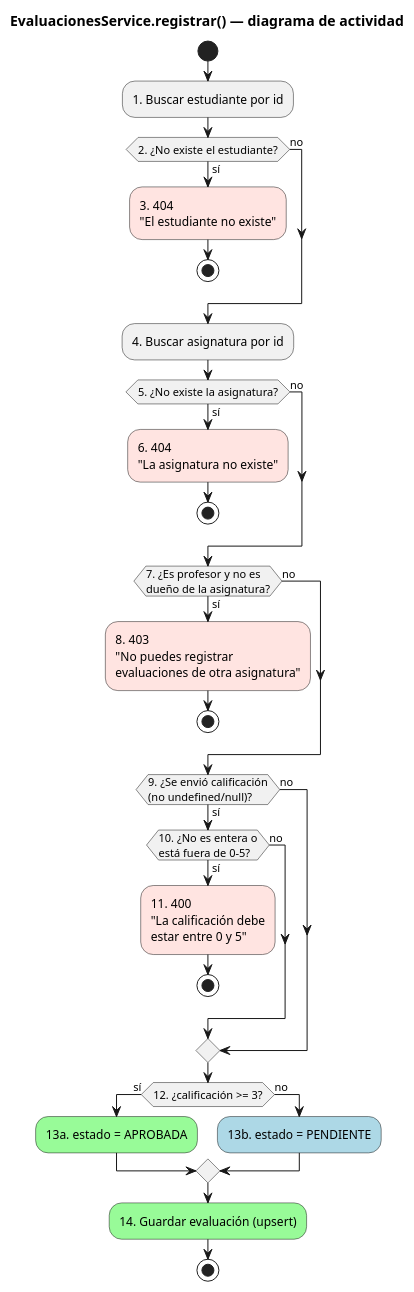
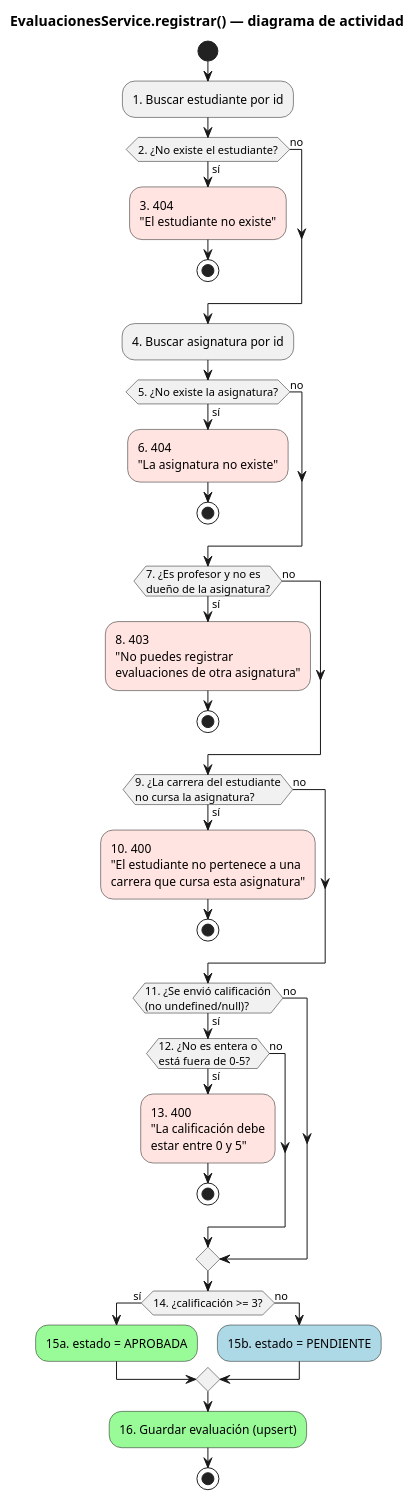
One commit to Angelggp/rendimiento-academico-ucf changed the diagram in docs/diagramas/registrar-evaluacion.puml. Above: the diagram before and after it, drawn with PlantUML. The commit also changed 10 other files, not shown here.

First line of the commit message:
docs: agrega prueba de aceptación y actualiza documentación por la relación carrera-asignatura

```diff
--- a/docs/diagramas/registrar-evaluacion.puml
+++ b/docs/diagramas/registrar-evaluacion.puml
@@ -1,42 +1,48 @@
 @startuml registrar-evaluacion
 title EvaluacionesService.registrar() — diagrama de actividad
 
 start
 :1. Buscar estudiante por id;
 if (2. ¿No existe el estudiante?) then (sí)
   #Mistyrose:3. 404\n"El estudiante no existe";
   stop
 else (no)
 endif
 
 :4. Buscar asignatura por id;
 if (5. ¿No existe la asignatura?) then (sí)
   #Mistyrose:6. 404\n"La asignatura no existe";
   stop
 else (no)
 endif
 
 if (7. ¿Es profesor y no es\ndueño de la asignatura?) then (sí)
   #Mistyrose:8. 403\n"No puedes registrar\nevaluaciones de otra asignatura";
   stop
 else (no)
 endif
 
-if (9. ¿Se envió calificación\n(no undefined/null)?) then (sí)
-  if (10. ¿No es entera o\nestá fuera de 0-5?) then (sí)
-    #Mistyrose:11. 400\n"La calificación debe\nestar entre 0 y 5";
+if (9. ¿La carrera del estudiante\nno cursa la asignatura?) then (sí)
+  #Mistyrose:10. 400\n"El estudiante no pertenece a una\ncarrera que cursa esta asignatura";
+  stop
+else (no)
+endif
+
+if (11. ¿Se envió calificación\n(no undefined/null)?) then (sí)
+  if (12. ¿No es entera o\nestá fuera de 0-5?) then (sí)
+    #Mistyrose:13. 400\n"La calificación debe\nestar entre 0 y 5";
     stop
   else (no)
   endif
 else (no)
 endif
 
-if (12. ¿calificación >= 3?) then (sí)
-  #Palegreen:13a. estado = APROBADA;
+if (14. ¿calificación >= 3?) then (sí)
+  #Palegreen:15a. estado = APROBADA;
 else (no)
-  #Lightblue:13b. estado = PENDIENTE;
+  #Lightblue:15b. estado = PENDIENTE;
 endif
 
-#Palegreen:14. Guardar evaluación (upsert);
+#Palegreen:16. Guardar evaluación (upsert);
 stop
 @enduml
```
